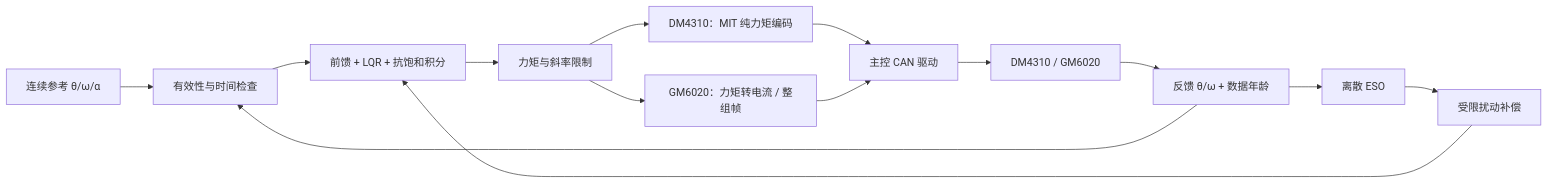
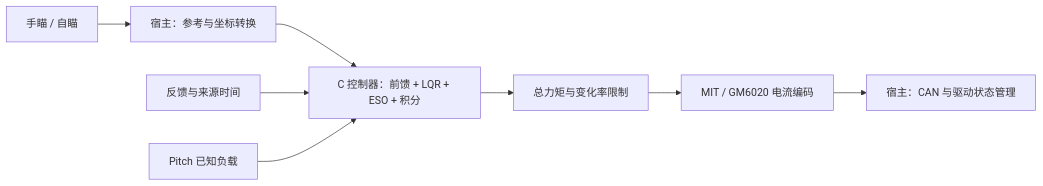
One commit to LYHrmer/gimbal-lqr-eso changed the diagram in README.md. Above: the diagram before and after it, drawn with Mermaid. The commit also changed other lines of this file and 5 other files, not shown here.

````diff
--- a/README.md
+++ b/README.md
@@ -137,16 +89,10 @@
 ```mermaid
 flowchart LR
-    R[连续参考 θ/ω/α] --> V[有效性与时间检查]
-    M[反馈 θ/ω + 数据年龄] --> V
-    V --> C[前馈 + LQR + 抗饱和积分]
-    M --> E[离散 ESO]
-    E --> D[受限扰动补偿]
-    D --> C
-    C --> L[力矩与斜率限制]
-    L --> P[DM4310：MIT 纯力矩编码]
-    L --> G[GM6020：力矩转电流 / 整组帧]
-    P --> H[主控 CAN 驱动]
-    G --> H
-    H --> MOTOR[DM4310 / GM6020]
-    MOTOR --> M
+    M["手瞄 / 自瞄"] --> R["宿主：参考与坐标转换"]
+    R --> C["C 控制器：前馈 + LQR + ESO + 积分"]
+    F["反馈与来源时间"] --> C
+    P["Pitch 已知负载"] --> C
+    C --> L["总力矩与变化率限制"]
+    L --> E["MIT / GM6020 电流编码"]
+    E --> H["宿主：CAN 与驱动状态管理"]
 ```
````
